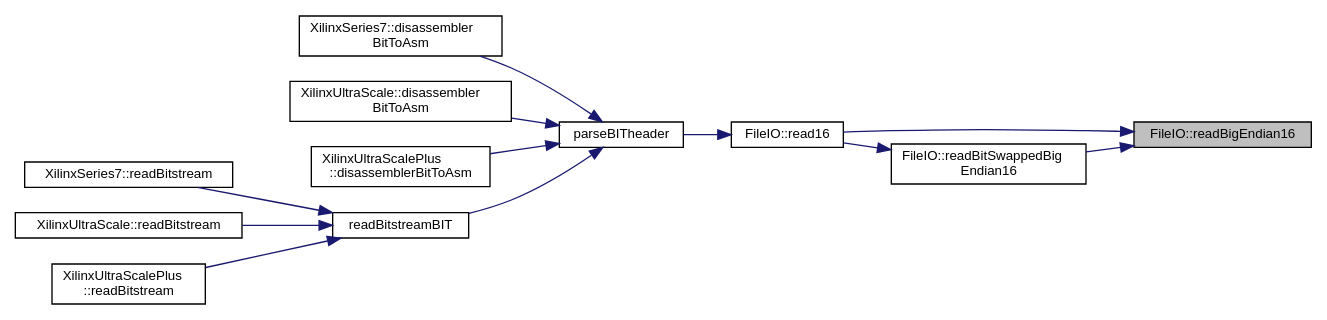
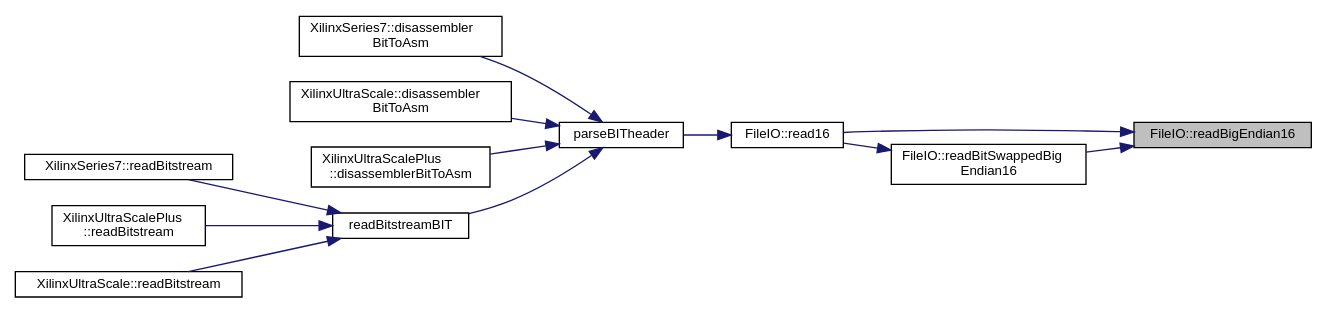
The diagram in namespaceFileIO_a085994f39dbf647129a14e7b0c3e8051_icgraph.dot (FPGA-Research-Manchester/byteman), drawn with Graphviz before and after one commit. The commit also changed 747 other files, not shown here.

```diff
--- a/namespaceFileIO_a085994f39dbf647129a14e7b0c3e8051_icgraph.dot
+++ b/namespaceFileIO_a085994f39dbf647129a14e7b0c3e8051_icgraph.dot
@@ -1,30 +1,30 @@
 digraph "FileIO::readBigEndian16"
 {
  // INTERACTIVE_SVG=YES
  // LATEX_PDF_SIZE
   edge [fontname="Helvetica",fontsize="10",labelfontname="Helvetica",labelfontsize="10"];
   node [fontname="Helvetica",fontsize="10",shape=record];
   rankdir="RL";
   Node1 [label="FileIO::readBigEndian16",height=0.2,width=0.4,color="black", fillcolor="grey75", style="filled", fontcolor="black",tooltip=" "];
   Node1 -> Node2 [dir="back",color="midnightblue",fontsize="10",style="solid",fontname="Helvetica"];
   Node2 [label="FileIO::read16",height=0.2,width=0.4,color="black", fillcolor="white", style="filled",URL="$namespaceFileIO.html#ae4a16190bddd38b1508e472f1323bd06",tooltip=" "];
   Node2 -> Node3 [dir="back",color="midnightblue",fontsize="10",style="solid",fontname="Helvetica"];
   Node3 [label="parseBITheader",height=0.2,width=0.4,color="black", fillcolor="white", style="filled",URL="$inlineInput_8h.html#ac0e8d10f67fbe4b89886a2f5be7c690c",tooltip=" "];
   Node3 -> Node4 [dir="back",color="midnightblue",fontsize="10",style="solid",fontname="Helvetica"];
   Node4 [label="XilinxSeries7::disassembler\lBitToAsm",height=0.2,width=0.4,color="black", fillcolor="white", style="filled",URL="$classXilinxSeries7.html#a4239ae4d300adffe6005349f64d8e6ff",tooltip=" "];
   Node3 -> Node5 [dir="back",color="midnightblue",fontsize="10",style="solid",fontname="Helvetica"];
   Node5 [label="XilinxUltraScale::disassembler\lBitToAsm",height=0.2,width=0.4,color="black", fillcolor="white", style="filled",URL="$classXilinxUltraScale.html#a1e74fd2f5f3122339373ac7e571c0743",tooltip=" "];
   Node3 -> Node6 [dir="back",color="midnightblue",fontsize="10",style="solid",fontname="Helvetica"];
   Node6 [label="XilinxUltraScalePlus\l::disassemblerBitToAsm",height=0.2,width=0.4,color="black", fillcolor="white", style="filled",URL="$classXilinxUltraScalePlus.html#a54f9af4b6723a99c0b9e8e9c9b424d00",tooltip=" "];
   Node3 -> Node7 [dir="back",color="midnightblue",fontsize="10",style="solid",fontname="Helvetica"];
   Node7 [label="readBitstreamBIT",height=0.2,width=0.4,color="black", fillcolor="white", style="filled",URL="$inlineInput_8h.html#a2015af67475241b52cb4fdd54ab6577e",tooltip=" "];
   Node7 -> Node8 [dir="back",color="midnightblue",fontsize="10",style="solid",fontname="Helvetica"];
   Node8 [label="XilinxSeries7::readBitstream",height=0.2,width=0.4,color="black", fillcolor="white", style="filled",URL="$classXilinxSeries7.html#a81a5d771b3230f2442613574c522f7c8",tooltip=" "];
   Node7 -> Node9 [dir="back",color="midnightblue",fontsize="10",style="solid",fontname="Helvetica"];
-  Node9 [label="XilinxUltraScale::readBitstream",height=0.2,width=0.4,color="black", fillcolor="white", style="filled",URL="$classXilinxUltraScale.html#a8d9e8e7846e7af191060d73b21024d8a",tooltip=" "];
+  Node9 [label="XilinxUltraScalePlus\l::readBitstream",height=0.2,width=0.4,color="black", fillcolor="white", style="filled",URL="$classXilinxUltraScalePlus.html#a0e5d08a2e5c37a29a1a04d50b48739d2",tooltip=" "];
   Node7 -> Node10 [dir="back",color="midnightblue",fontsize="10",style="solid",fontname="Helvetica"];
-  Node10 [label="XilinxUltraScalePlus\l::readBitstream",height=0.2,width=0.4,color="black", fillcolor="white", style="filled",URL="$classXilinxUltraScalePlus.html#a0e5d08a2e5c37a29a1a04d50b48739d2",tooltip=" "];
+  Node10 [label="XilinxUltraScale::readBitstream",height=0.2,width=0.4,color="black", fillcolor="white", style="filled",URL="$classXilinxUltraScale.html#a8d9e8e7846e7af191060d73b21024d8a",tooltip=" "];
   Node1 -> Node11 [dir="back",color="midnightblue",fontsize="10",style="solid",fontname="Helvetica"];
   Node11 [label="FileIO::readBitSwappedBig\lEndian16",height=0.2,width=0.4,color="black", fillcolor="white", style="filled",URL="$namespaceFileIO.html#a7ff728cecb8bbf042b408a8d5bb4f003",tooltip=" "];
   Node11 -> Node2 [dir="back",color="midnightblue",fontsize="10",style="solid",fontname="Helvetica"];
 }
```
